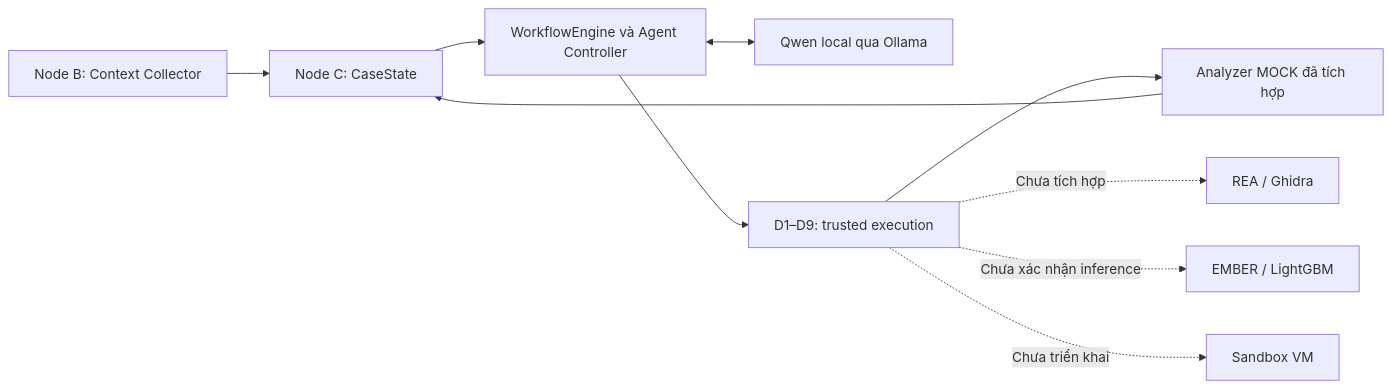
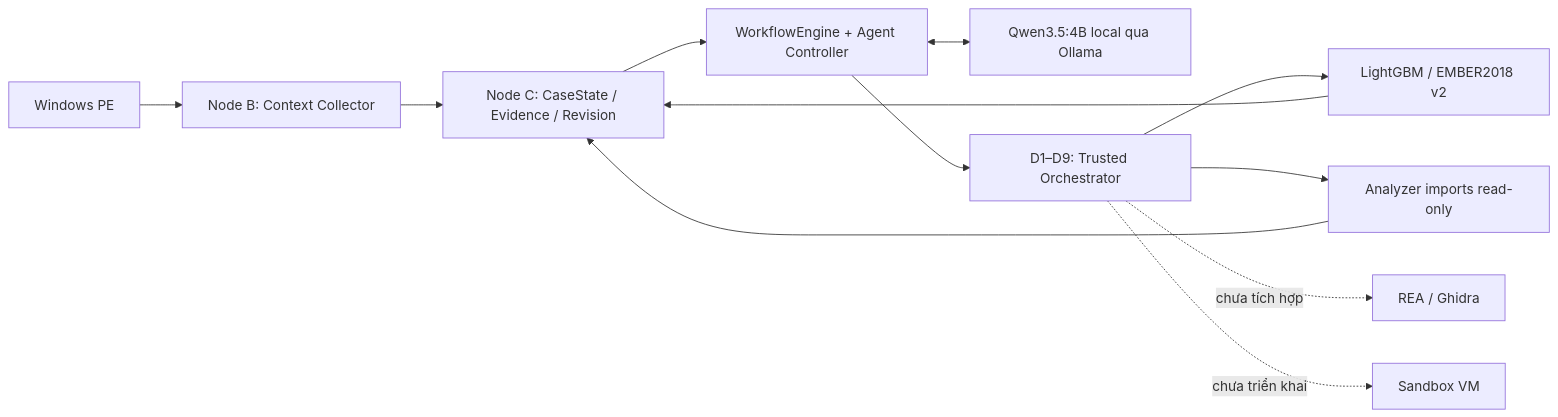
The diagram in README.md (huy270856/DACN-2026-Agent), drawn with Mermaid before and after one commit. The commit also changed other lines of this file and 1 other file, not shown here.

````diff
--- a/README.md
+++ b/README.md
@@ -27,12 +14,14 @@
 ```mermaid
 flowchart LR
-    B[Node B: Context Collector] --> C[Node C: CaseState]
-    C --> W[WorkflowEngine và Agent Controller]
-    W <--> Q[Qwen local qua Ollama]
-    W --> D[D1–D9: trusted execution]
-    D --> M[Analyzer MOCK đã tích hợp]
-    M --> C
-    D -. Chưa tích hợp .-> R[REA / Ghidra]
-    D -. Chưa xác nhận inference .-> L[EMBER / LightGBM]
-    D -. Chưa triển khai .-> V[Sandbox VM]
+    PE[Windows PE] --> B[Node B: Context Collector]
+    B --> C[Node C: CaseState / Evidence / Revision]
+    C --> W[WorkflowEngine + Agent Controller]
+    W <--> Q[Qwen3.5:4B local qua Ollama]
+    W --> D[D1–D9: Trusted Orchestrator]
+    D --> L[LightGBM / EMBER2018 v2]
+    D --> I[Analyzer imports read-only]
+    L --> C
+    I --> C
+    D -. chưa tích hợp .-> R[REA / Ghidra]
+    D -. chưa triển khai .-> V[Sandbox VM]
 ```
````
